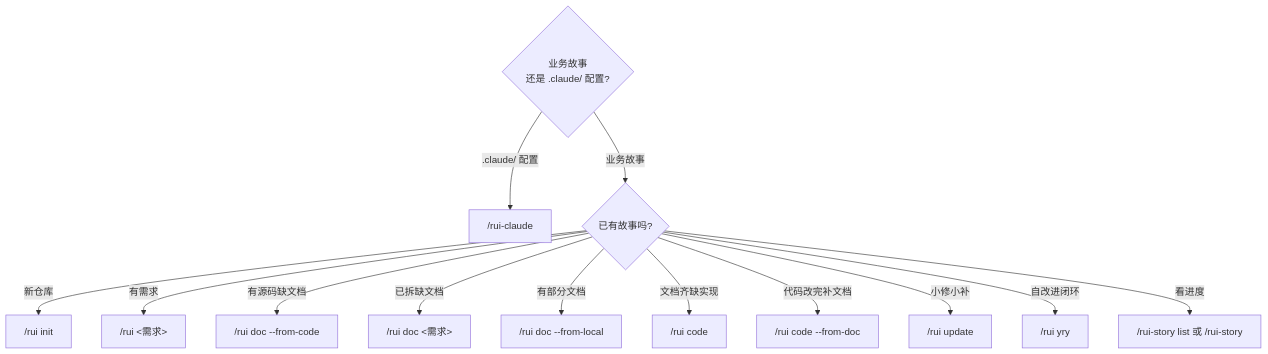
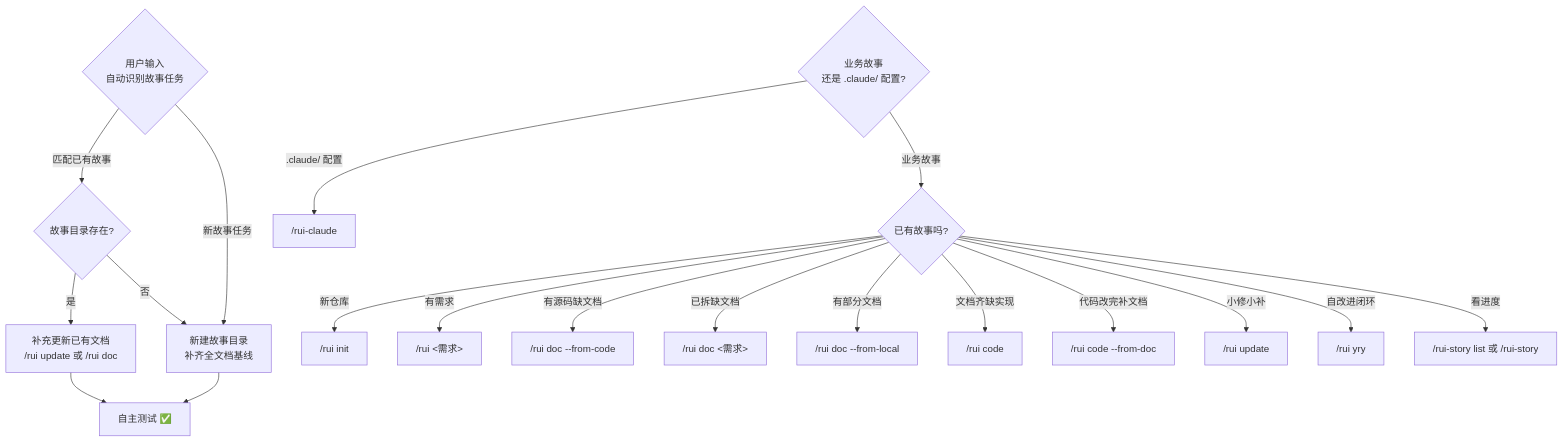
The first of 17 diagrams in skills/rui/SKILL.md (effiy/YrY), drawn with Mermaid before and after one commit. The commit also changed other lines of this file and 61 other files, not shown here.

````diff
--- a/skills/rui/SKILL.md
+++ b/skills/rui/SKILL.md
@@ -22,16 +24,24 @@
 ```mermaid
 flowchart TD
+    Q0{"用户输入<br/>自动识别故事任务"}
+    Q0 -->|"匹配已有故事"| EXISTING{"故事目录存在?"}
+    Q0 -->|"新故事任务"| NEW["新建故事目录<br/>补齐全文档基线"]
+    EXISTING -->|"是"| UPDATE["补充更新已有文档<br/>/rui update 或 /rui doc"]
+    EXISTING -->|"否"| NEW
+    NEW --> SELF_TEST["自主测试 ✅"]
+    UPDATE --> SELF_TEST
+
     Q1{"业务故事<br/>还是 .claude/ 配置?"}
     Q1 -->|".claude/ 配置"| RC["/rui-claude"]
     Q1 -->|"业务故事"| Q2{"已有故事吗?"}
     Q2 -->|"新仓库"| INIT["/rui init"]
     Q2 -->|"有需求"| E2E["/rui <需求>"]
     Q2 -->|"有源码缺文档"| FC["/rui doc --from-code"]
     Q2 -->|"已拆缺文档"| DOC["/rui doc <需求>"]
     Q2 -->|"有部分文档"| LOC["/rui doc --from-local <name>"]
     Q2 -->|"文档齐缺实现"| CODE["/rui code <name>"]
     Q2 -->|"代码改完补文档"| FD["/rui code --from-doc"]
     Q2 -->|"小修小补"| UPD["/rui update"]
     Q2 -->|"自改进闭环"| YRY["/rui yry"]
     Q2 -->|"看进度"| LIST["/rui-story list 或 /rui-story"]
 ```
````
